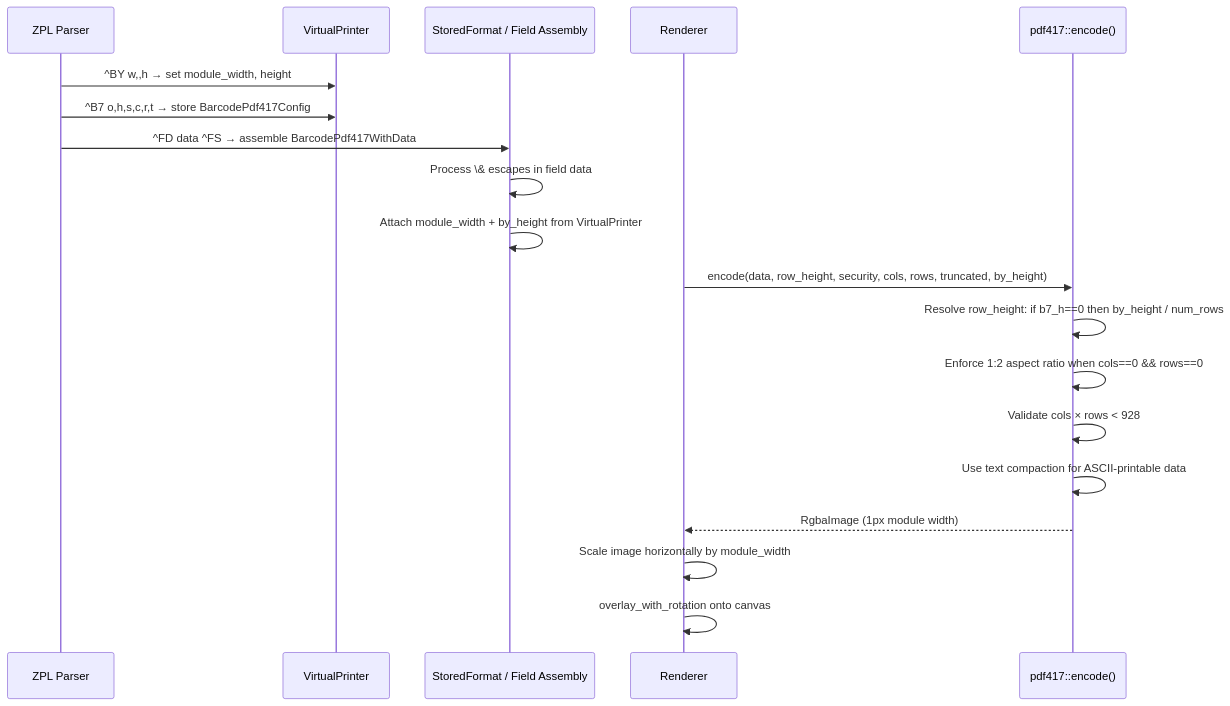
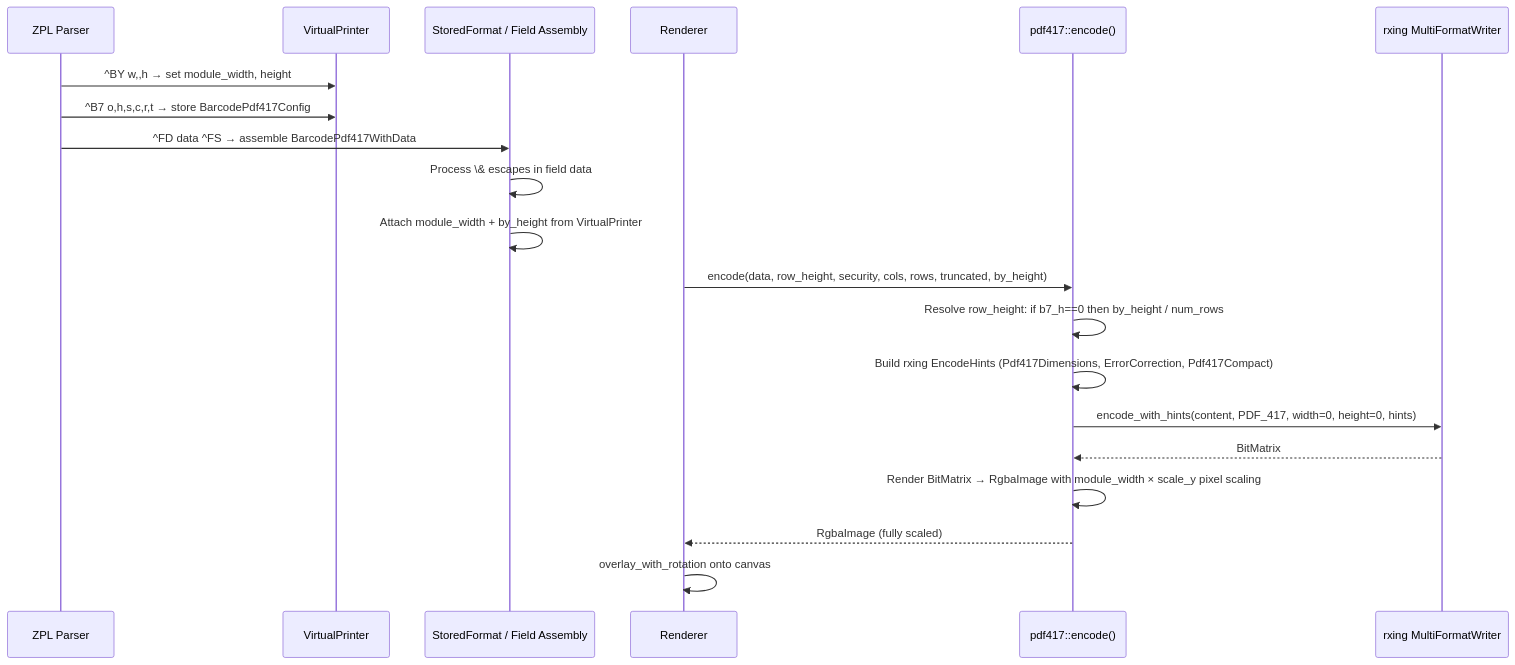
One commit to GOODBOY008/labelize changed the second of 2 diagrams in .kiro/specs/pdf417-barcode-zpl/design.md. Above: the diagram before and after it, drawn with Mermaid. The commit also changed other lines of this file and 23 other files, not shown here.

Commit message:
Refactor PDF417 barcode generation to use rxing crate

````diff
--- a/.kiro/specs/pdf417-barcode-zpl/design.md
+++ b/.kiro/specs/pdf417-barcode-zpl/design.md
@@ -26,22 +28,23 @@
 ```mermaid
 sequenceDiagram
     participant P as ZPL Parser
     participant VP as VirtualPrinter
     participant SF as StoredFormat / Field Assembly
     participant R as Renderer
     participant E as pdf417::encode()
+    participant RX as rxing MultiFormatWriter
 
     P->>VP: ^BY w,,h → set module_width, height
     P->>VP: ^B7 o,h,s,c,r,t → store BarcodePdf417Config
     P->>SF: ^FD data ^FS → assemble BarcodePdf417WithData
     SF->>SF: Process \& escapes in field data
     SF->>SF: Attach module_width + by_height from VirtualPrinter
     R->>E: encode(data, row_height, security, cols, rows, truncated, by_height)
     E->>E: Resolve row_height: if b7_h==0 then by_height / num_rows
-    E->>E: Enforce 1:2 aspect ratio when cols==0 && rows==0
-    E->>E: Validate cols × rows < 928
-    E->>E: Use text compaction for ASCII-printable data
-    E-->>R: RgbaImage (1px module width)
-    R->>R: Scale image horizontally by module_width
+    E->>E: Build rxing EncodeHints (Pdf417Dimensions, ErrorCorrection, Pdf417Compact)
+    E->>RX: encode_with_hints(content, PDF_417, width=0, height=0, hints)
+    RX-->>E: BitMatrix
+    E->>E: Render BitMatrix → RgbaImage with module_width × scale_y pixel scaling
+    E-->>R: RgbaImage (fully scaled)
     R->>R: overlay_with_rotation onto canvas
 ```
````
